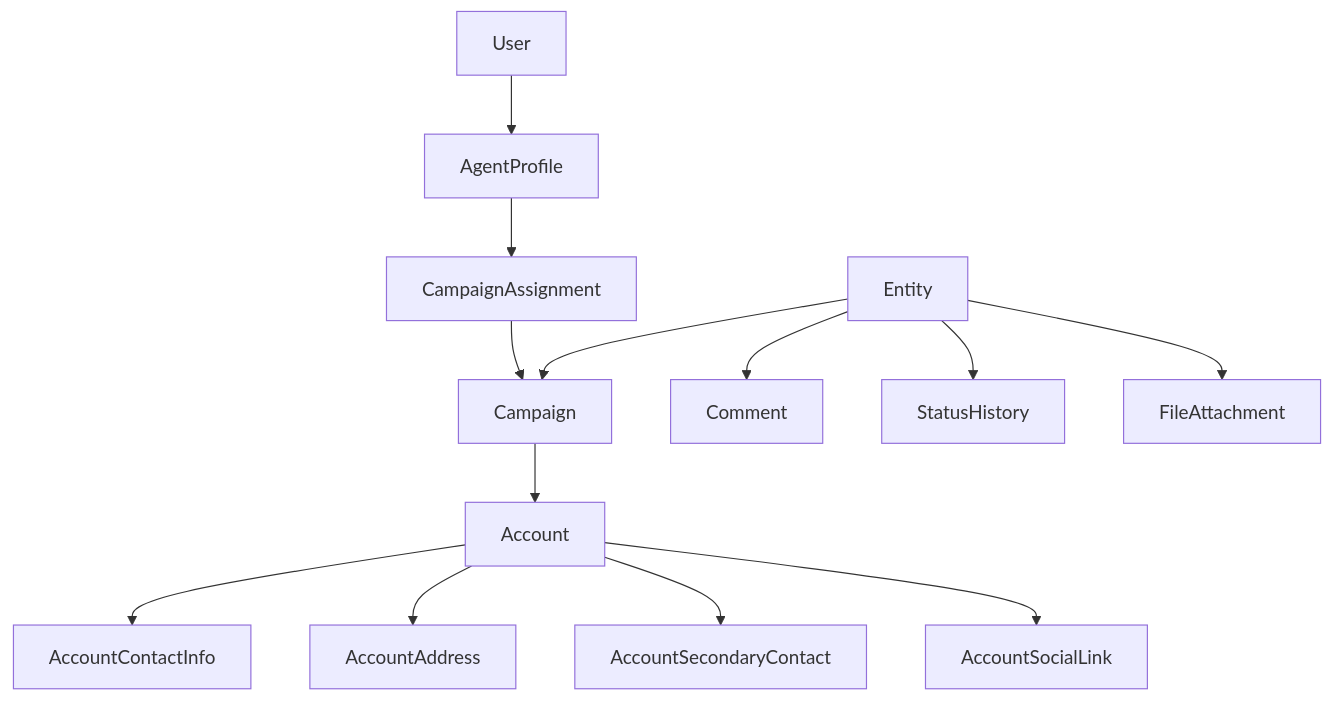
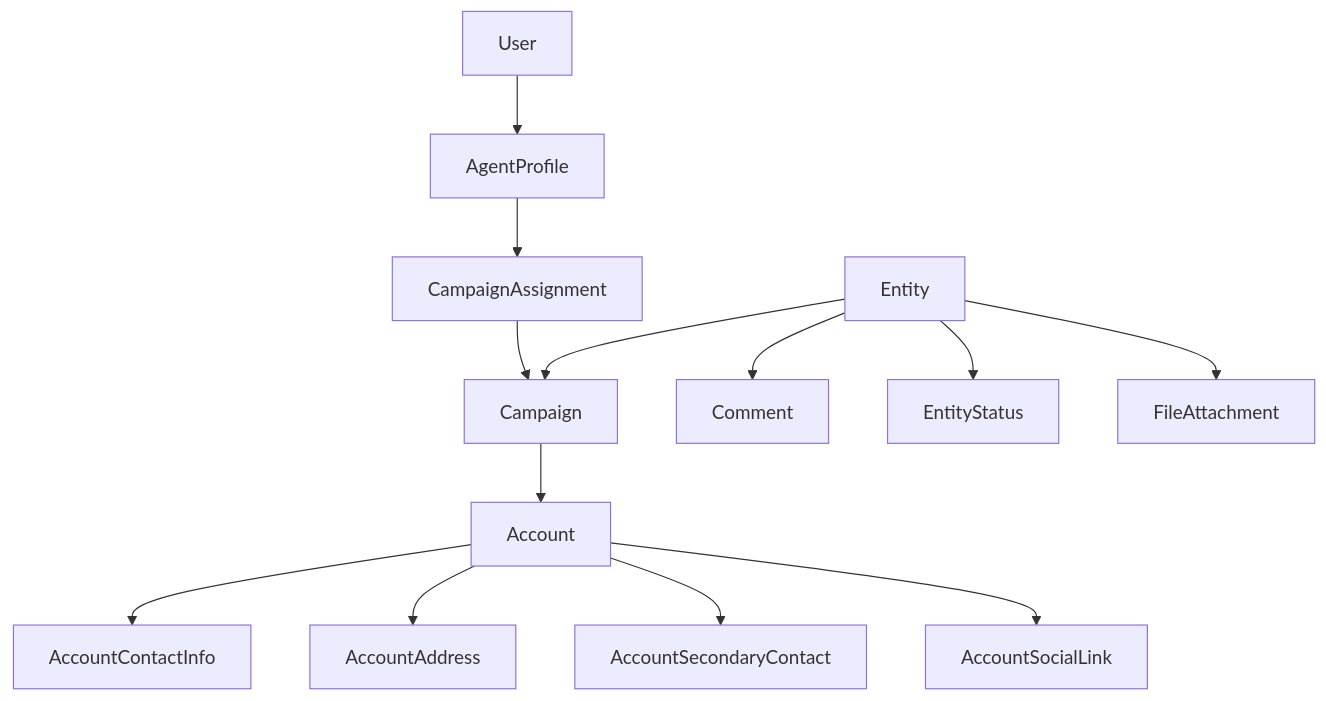
Before and after one commit to everettvergara/Collectimate2-Collectimate-FrontEnd: the diagram in docs/02-architecture.md, drawn with Mermaid. The commit also changed other lines of this file and 156 other files, not shown here.

````diff
--- a/docs/02-architecture.md
+++ b/docs/02-architecture.md
@@ -51,15 +51,15 @@
 ```mermaid
 flowchart TD
   User --> AgentProfile
   AgentProfile --> CampaignAssignment
   CampaignAssignment --> Campaign
   Entity --> Campaign
   Campaign --> Account
   Account --> AccountContactInfo
   Account --> AccountAddress
   Account --> AccountSecondaryContact
   Account --> AccountSocialLink
   Entity --> Comment
-  Entity --> StatusHistory
+  Entity --> EntityStatus
   Entity --> FileAttachment
 ```
````
